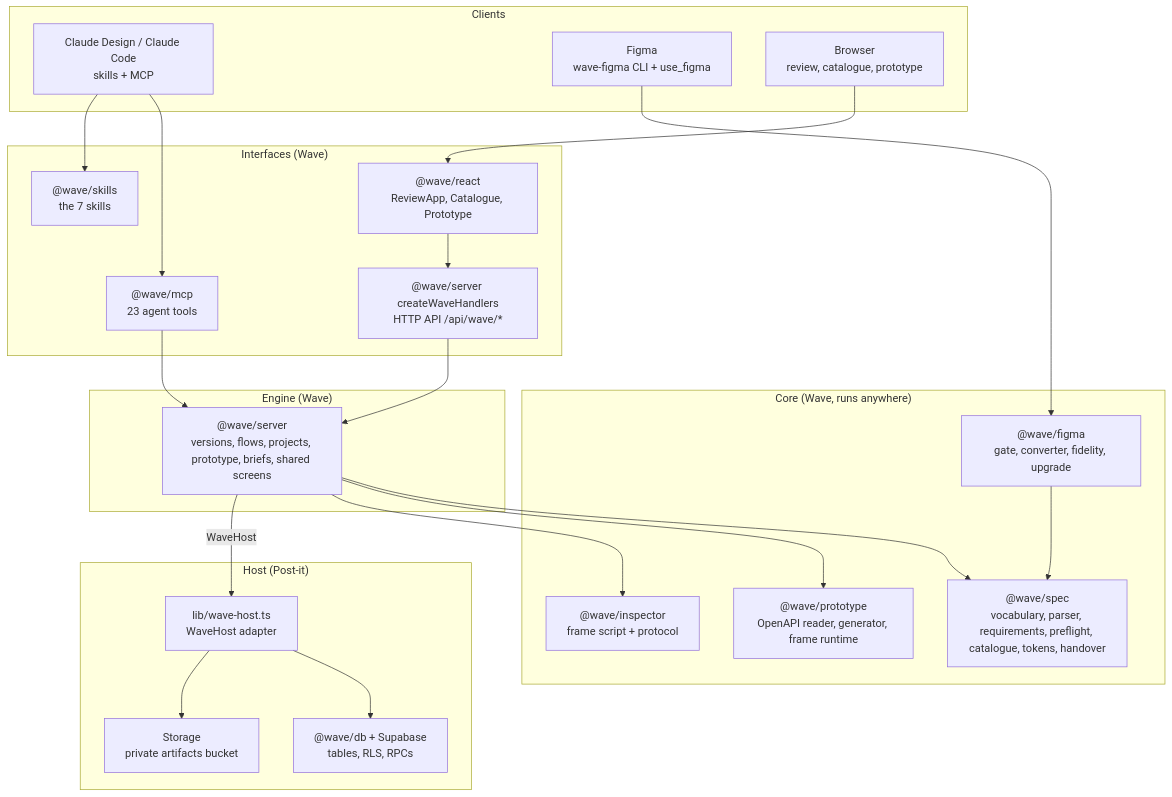
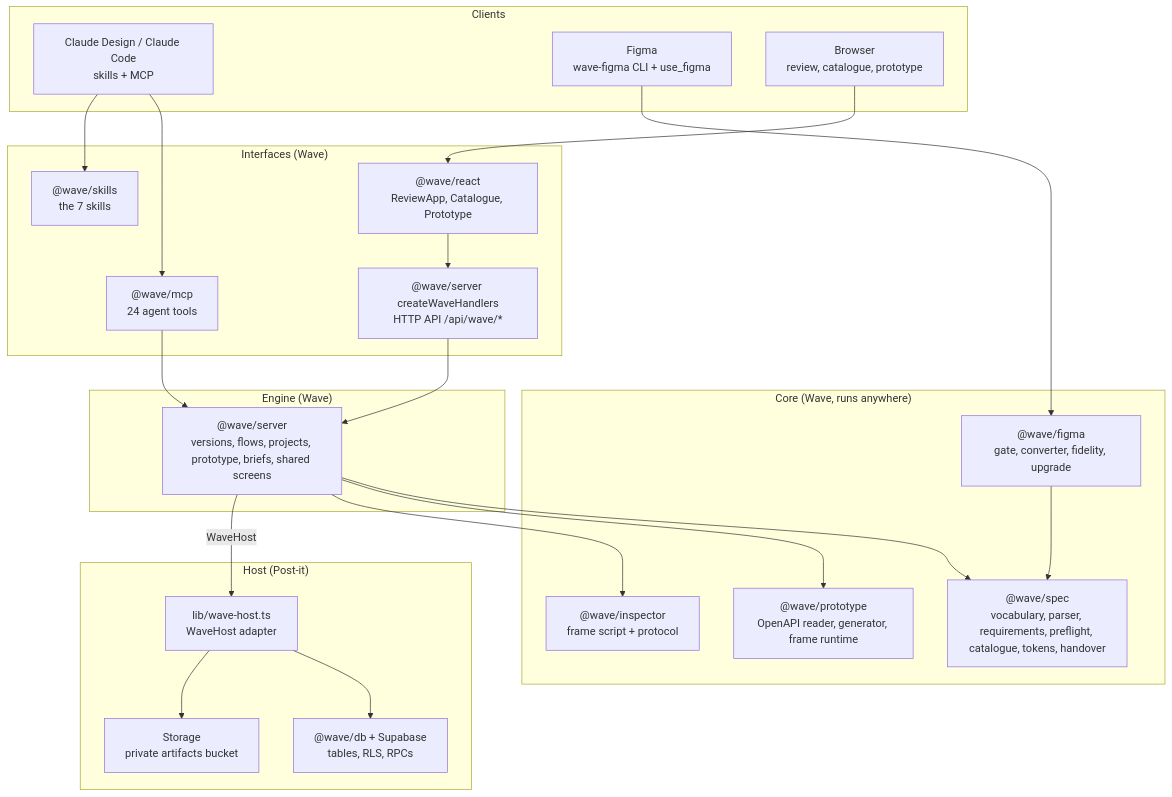
The first of 4 diagrams in packages/wave-docs/pages/architecture.md (asim-basraa/postit), drawn with Mermaid before and after one commit. The commit also changed other lines of this file and 15 other files, not shown here.

````diff
--- a/packages/wave-docs/pages/architecture.md
+++ b/packages/wave-docs/pages/architecture.md
@@ -13,41 +13,41 @@
 ```mermaid
 flowchart TB
   subgraph Clients
     CD[Claude Design / Claude Code<br/>skills + MCP]
     FIG[Figma<br/>wave-figma CLI + use_figma]
     BR[Browser<br/>review, catalogue, prototype]
   end
   subgraph Interfaces["Interfaces (Wave)"]
-    MCP["@wave/mcp<br/>23 agent tools"]
+    MCP["@wave/mcp<br/>24 agent tools"]
     HTTP["@wave/server createWaveHandlers<br/>HTTP API /api/wave/*"]
     UI["@wave/react<br/>ReviewApp, Catalogue, Prototype"]
     SK["@wave/skills<br/>the 7 skills"]
   end
   subgraph Engine["Engine (Wave)"]
     SRV["@wave/server<br/>versions, flows, projects, prototype, briefs, shared screens"]
   end
   subgraph Core["Core (Wave, runs anywhere)"]
     SPEC["@wave/spec<br/>vocabulary, parser, requirements, preflight, catalogue, tokens, handover"]
     PRO["@wave/prototype<br/>OpenAPI reader, generator, frame runtime"]
     INS["@wave/inspector<br/>frame script + protocol"]
     FG["@wave/figma<br/>gate, converter, fidelity, upgrade"]
   end
   subgraph Host["Host (Post-it)"]
     ADP["lib/wave-host.ts<br/>WaveHost adapter"]
     DB["@wave/db + Supabase<br/>tables, RLS, RPCs"]
     ST["Storage<br/>private artifacts bucket"]
   end
   CD --> MCP
   CD --> SK
   FIG --> FG
   BR --> UI --> HTTP
   MCP --> SRV
   HTTP --> SRV
   SRV --> SPEC
   SRV --> PRO
   SRV --> INS
   SRV -- WaveHost --> ADP
   ADP --> DB
   ADP --> ST
   FG --> SPEC
 ```
````
